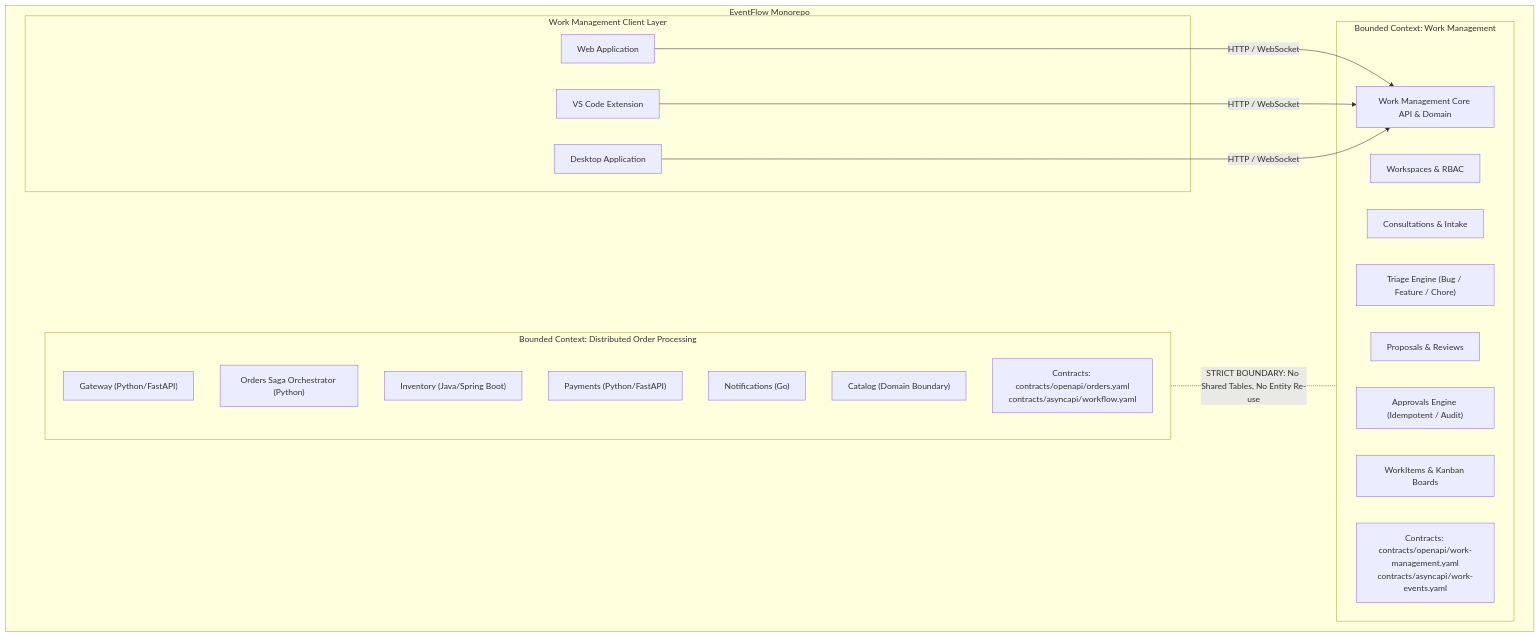
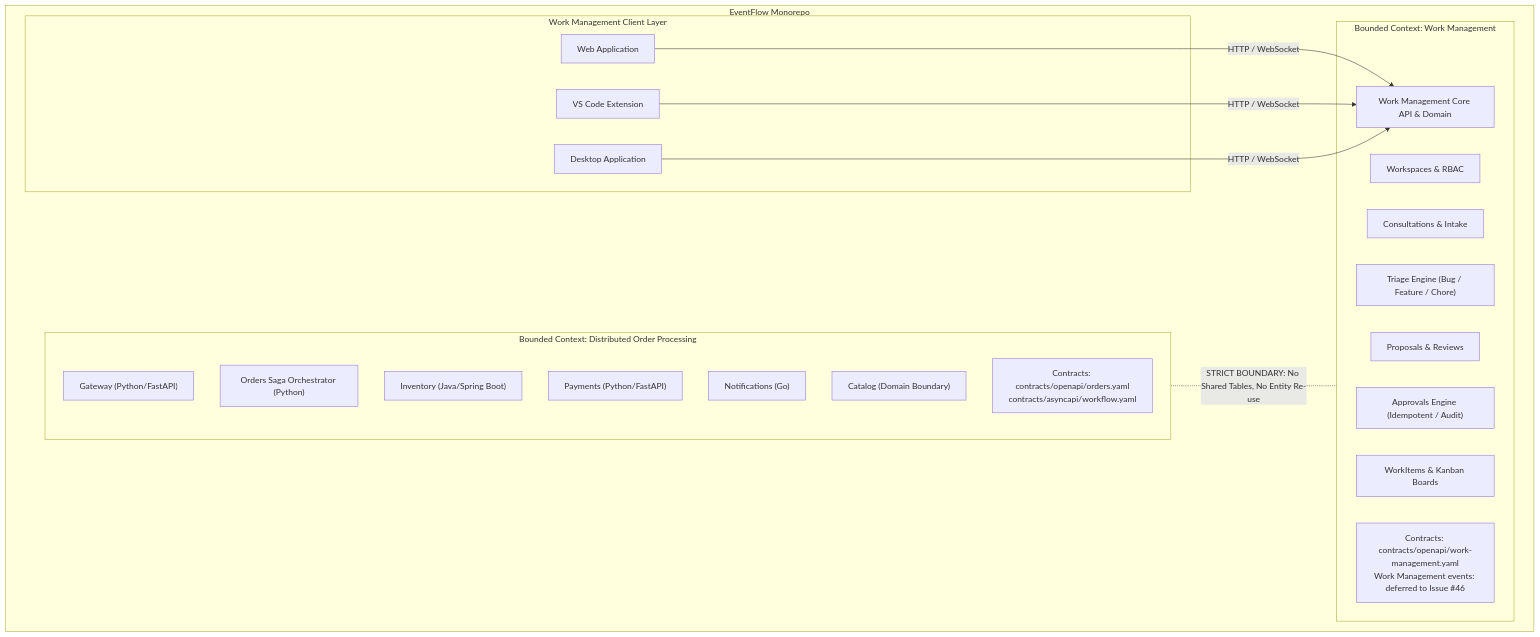
The first of 2 diagrams in docs/adr/ADR-006-product-scope-and-bounded-contexts.md (jacksonsr451/EventFlow), drawn with Mermaid before and after one commit. The commit also changed other lines of this file and 36 other files, not shown here.

First line of the commit message:
Feat/11 versioned work management api (#62)

````diff
--- a/docs/adr/ADR-006-product-scope-and-bounded-contexts.md
+++ b/docs/adr/ADR-006-product-scope-and-bounded-contexts.md
@@ -44,37 +44,37 @@
 ```mermaid
 flowchart TD
     subgraph Monorepo["EventFlow Monorepo"]
         subgraph OrderDomain["Bounded Context: Distributed Order Processing"]
             OrdersGateway["Gateway (Python/FastAPI)"]
             OrdersSaga["Orders Saga Orchestrator (Python)"]
             Inventory["Inventory (Java/Spring Boot)"]
             Payments["Payments (Python/FastAPI)"]
             Notifications["Notifications (Go)"]
             Catalog["Catalog (Domain Boundary)"]
             ContractsOrders["Contracts: contracts/openapi/orders.yaml<br/>contracts/asyncapi/workflow.yaml"]
         end
 
         subgraph WorkDomain["Bounded Context: Work Management"]
             WorkCore["Work Management Core API & Domain"]
             Workspaces["Workspaces & RBAC"]
             Consultations["Consultations & Intake"]
             Triage["Triage Engine (Bug / Feature / Chore)"]
             Proposals["Proposals & Reviews"]
             Approvals["Approvals Engine (Idempotent / Audit)"]
             Kanban["WorkItems & Kanban Boards"]
-            ContractsWork["Contracts: contracts/openapi/work-management.yaml<br/>contracts/asyncapi/work-events.yaml"]
+            ContractsWork["Contracts: contracts/openapi/work-management.yaml<br/>Work Management events: deferred to Issue #46"]
         end
 
         subgraph Clients["Work Management Client Layer"]
             WebApp["Web Application"]
             VSCode["VS Code Extension"]
             DesktopApp["Desktop Application"]
         end
     end
 
     WebApp -->|HTTP / WebSocket| WorkCore
     VSCode -->|HTTP / WebSocket| WorkCore
     DesktopApp -->|HTTP / WebSocket| WorkCore
 
     OrderDomain -.-|STRICT BOUNDARY: No Shared Tables, No Entity Re-use| WorkDomain
 ```
````
